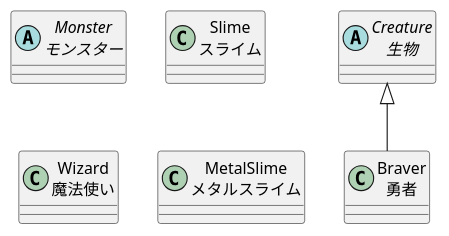
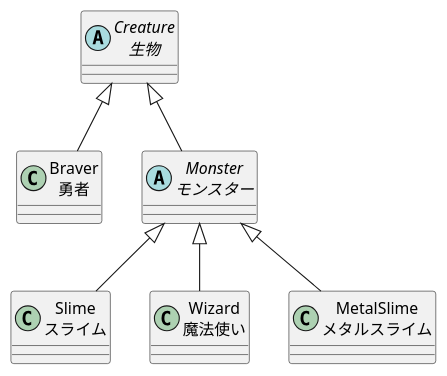
One commit to nishino-naoyuki/2021design changed the diagram in classes.md. Above: the diagram before and after it, drawn with PlantUML.

````diff
--- a/classes.md
+++ b/classes.md
@@ -1,18 +1,22 @@
 ```UML
 @startuml
 abstract class "Creature\n生物" as creature{
 }
 class "Braver\n勇者" as braver{
 }
 abstract class "Monster\nモンスター" as monster{
 }
 class "Slime\nスライム" as slime{
 }
 class "Wizard\n魔法使い" as wizard{
 }
 class "MetalSlime\nメタルスライム" as metalSlime{
 }
 
 creature <|-- braver
+creature <|-- monster
+monster <|-- slime
+monster <|-- wizard
+monster <|-- metalSlime
 @enduml
 ```
````
